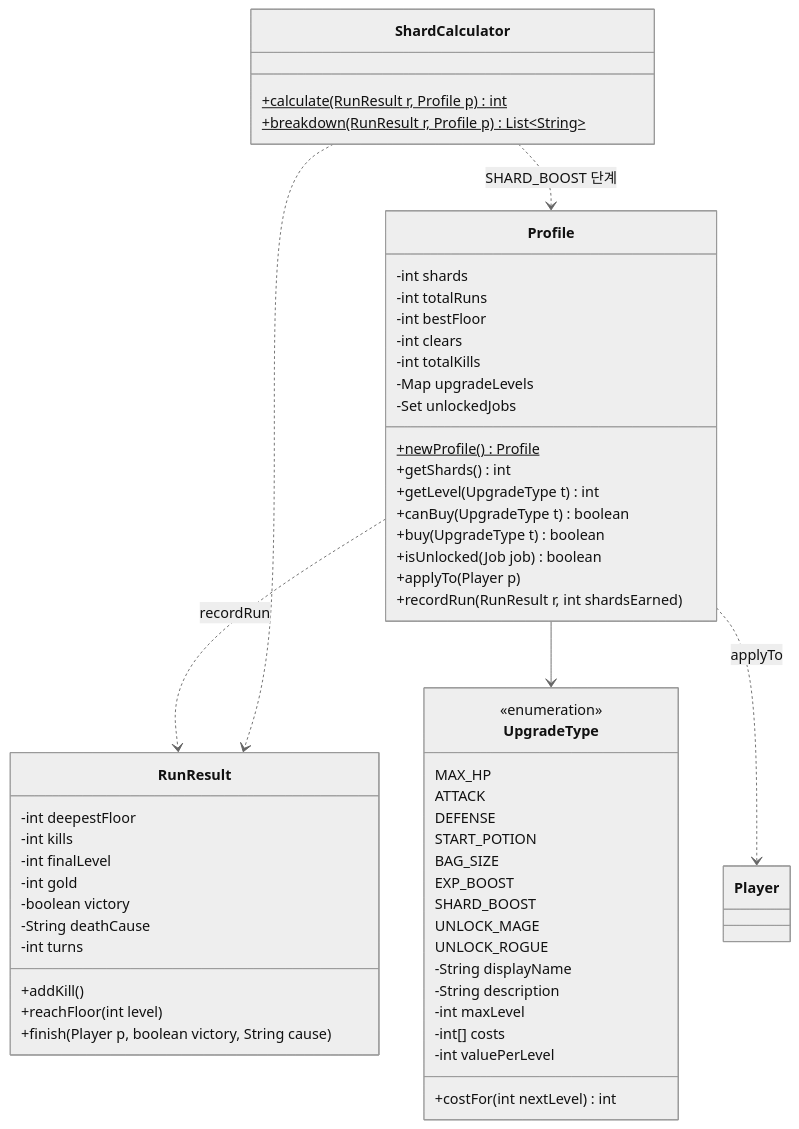
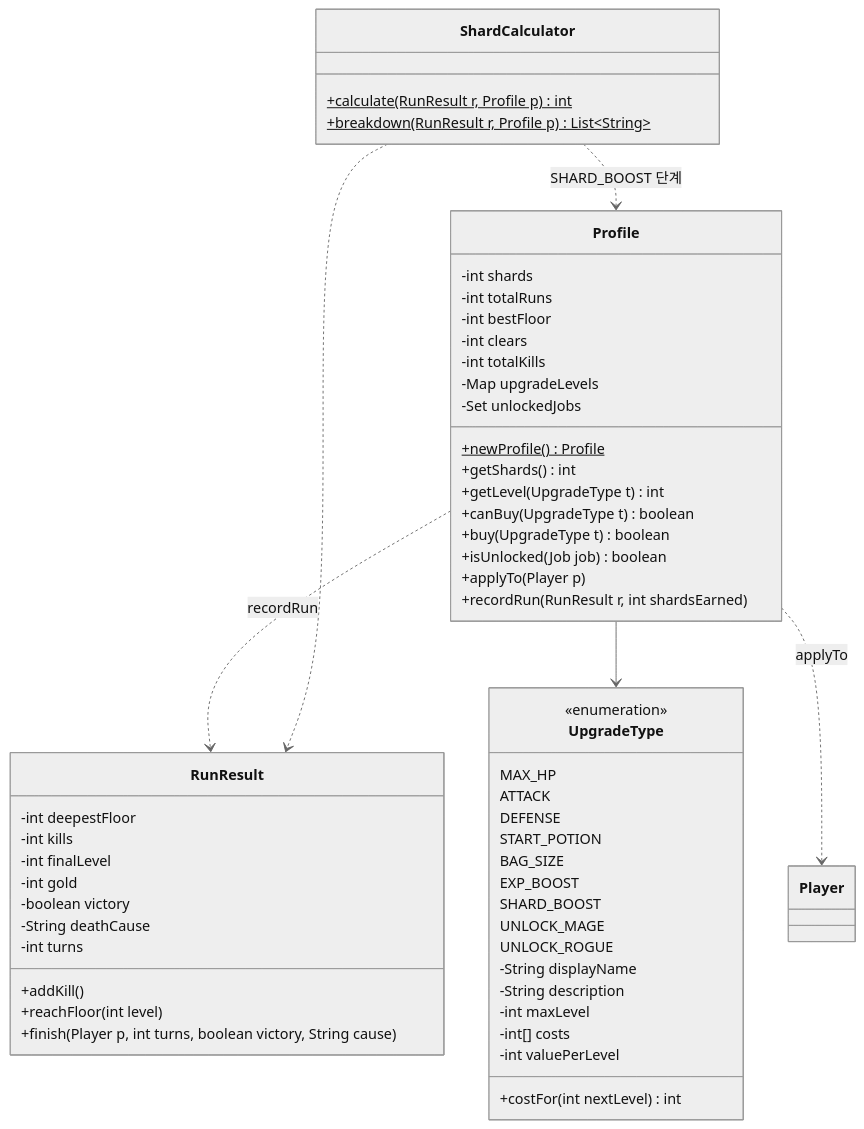
One commit to likelion-boot-camp-28th/side-project01-team01 changed the sixth of 9 diagrams in docs/Class-Diagram.md. Above: the diagram before and after it, drawn with Mermaid (neutral theme). The commit also changed other lines of this file and 8 other files, not shown here.

````diff
--- a/docs/Class-Diagram.md
+++ b/docs/Class-Diagram.md
@@ -803,60 +803,60 @@
 ```mermaid
 classDiagram
     class Profile {
         -int shards
         -int totalRuns
         -int bestFloor
         -int clears
         -int totalKills
         -Map upgradeLevels
         -Set unlockedJobs
         +newProfile()$ Profile
         +getShards() int
         +getLevel(UpgradeType t) int
         +canBuy(UpgradeType t) boolean
         +buy(UpgradeType t) boolean
         +isUnlocked(Job job) boolean
         +applyTo(Player p)
         +recordRun(RunResult r, int shardsEarned)
     }
     class UpgradeType {
         <<enumeration>>
         MAX_HP
         ATTACK
         DEFENSE
         START_POTION
         BAG_SIZE
         EXP_BOOST
         SHARD_BOOST
         UNLOCK_MAGE
         UNLOCK_ROGUE
         -String displayName
         -String description
         -int maxLevel
         -int[] costs
         -int valuePerLevel
         +costFor(int nextLevel) int
     }
     class RunResult {
         -int deepestFloor
         -int kills
         -int finalLevel
         -int gold
         -boolean victory
         -String deathCause
         -int turns
         +addKill()
         +reachFloor(int level)
-        +finish(Player p, boolean victory, String cause)
+        +finish(Player p, int turns, boolean victory, String cause)
     }
     class ShardCalculator {
         +calculate(RunResult r, Profile p)$ int
         +breakdown(RunResult r, Profile p)$ List~String~
     }
 
     Profile --> UpgradeType
     Profile ..> Player : applyTo
     Profile ..> RunResult : recordRun
     ShardCalculator ..> RunResult
     ShardCalculator ..> Profile : SHARD_BOOST 단계
 ```
````
